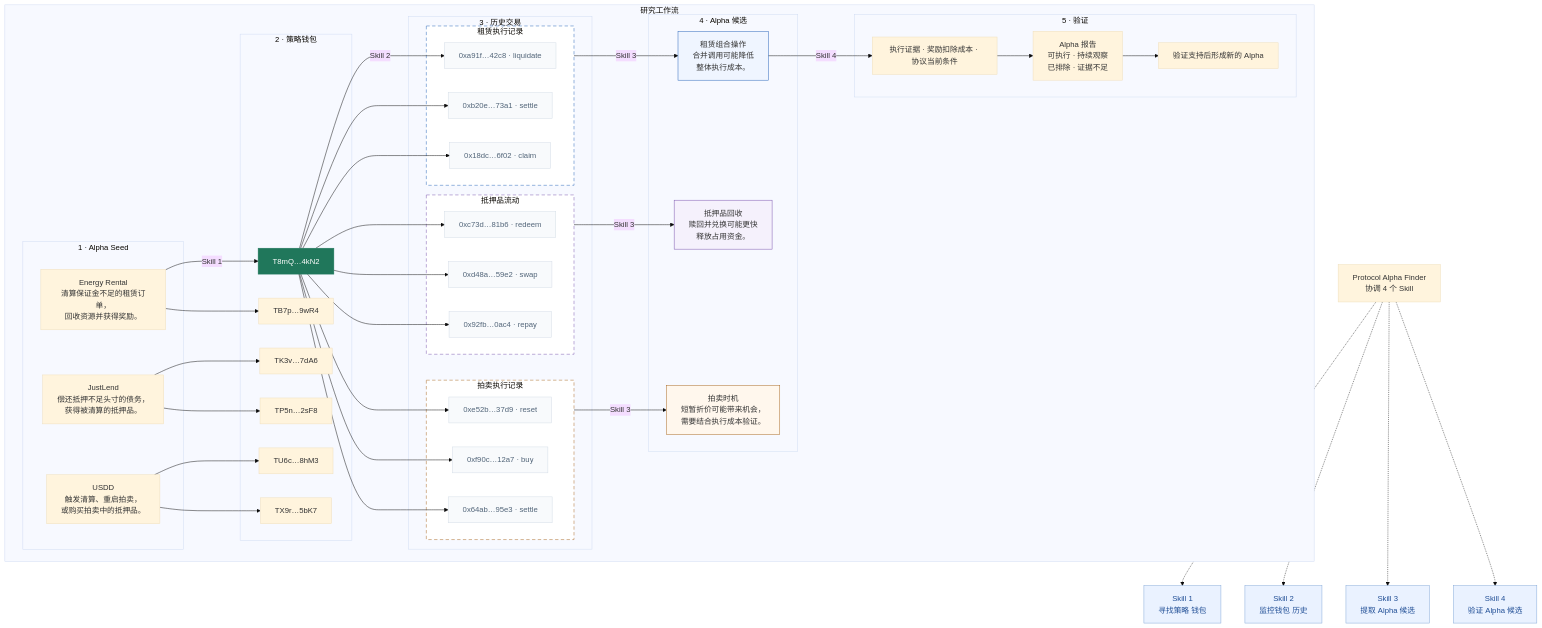
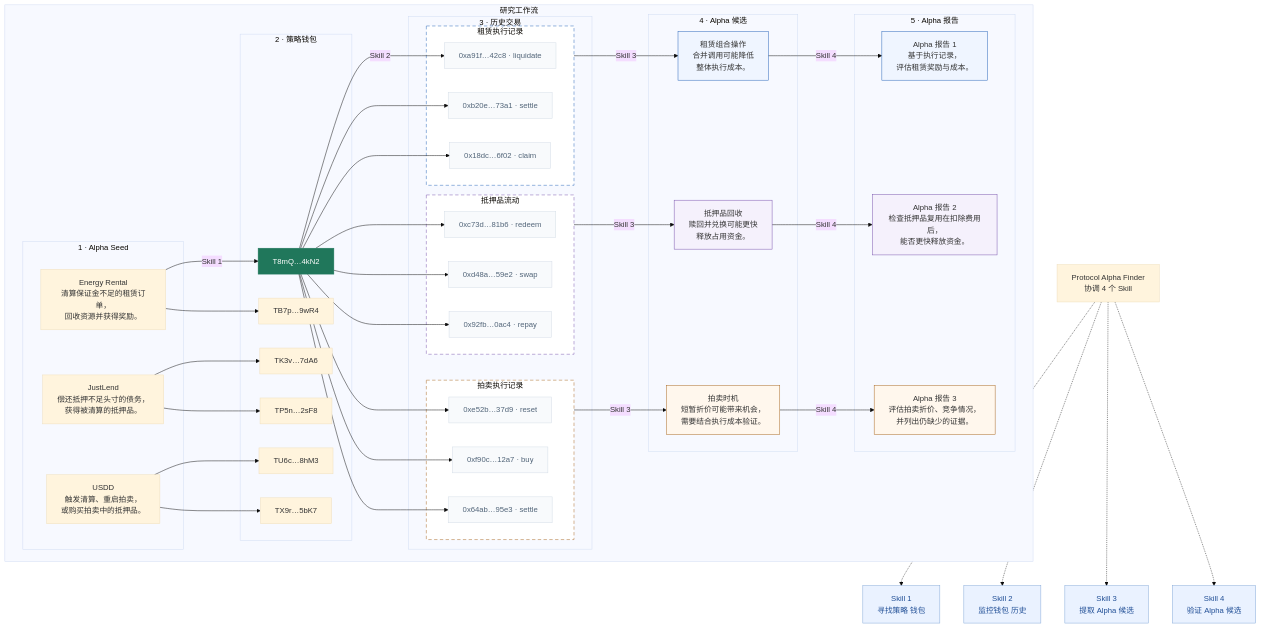
The diagram in docs/diagrams/system-architecture-zh-CN.mmd (qinyh10300/protocol-alpha-finder), drawn with Mermaid (base theme) before and after one commit. The commit also changed 10 other files, not shown here.

Commit message:
docs: connect each alpha candidate to its own report

```diff
--- a/docs/diagrams/system-architecture-zh-CN.mmd
+++ b/docs/diagrams/system-architecture-zh-CN.mmd
@@ -1,94 +1,98 @@
 flowchart TB
     subgraph FLOW["研究工作流"]
         direction LR
         subgraph SEEDS["1 · Alpha Seed"]
             SEED0["Energy Rental<br/>清算保证金不足的租赁订单，<br/>回收资源并获得奖励。"]
             SEED1["JustLend<br/>偿还抵押不足头寸的债务，<br/>获得被清算的抵押品。"]
             SEED2["USDD<br/>触发清算、重启拍卖，<br/>或购买拍卖中的抵押品。"]
         end
         subgraph WALLETS["2 · 策略钱包"]
             WALLET0["T8mQ…4kN2"]
             WALLET1["TB7p…9wR4"]
             WALLET2["TK3v…7dA6"]
             WALLET3["TP5n…2sF8"]
             WALLET4["TU6c…8hM3"]
             WALLET5["TX9r…5bK7"]
         end
         subgraph HISTORYS["3 · 历史交易"]
             subgraph HISTORY0["租赁执行记录"]
                 TX00["0xa91f…42c8 · liquidate"]
                 TX01["0xb20e…73a1 · settle"]
                 TX02["0x18dc…6f02 · claim"]
             end
             subgraph HISTORY1["抵押品流动"]
                 TX10["0xc73d…81b6 · redeem"]
                 TX11["0xd48a…59e2 · swap"]
                 TX12["0x92fb…0ac4 · repay"]
             end
             subgraph HISTORY2["拍卖执行记录"]
                 TX20["0xe52b…37d9 · reset"]
                 TX21["0xf90c…12a7 · buy"]
                 TX22["0x64ab…95e3 · settle"]
             end
         end
         subgraph CANDIDATES["4 · Alpha 候选"]
             CANDIDATE0["租赁组合操作<br/>合并调用可能降低<br/>整体执行成本。"]
             CANDIDATE1["抵押品回收<br/>赎回并兑换可能更快<br/>释放占用资金。"]
             CANDIDATE2["拍卖时机<br/>短暂折价可能带来机会，<br/>需要结合执行成本验证。"]
         end
-        subgraph VALIDATION["5 · 验证"]
-            CHECK["执行证据 · 奖励扣除成本 · 协议当前条件"]
-            REPORT["Alpha 报告<br/>可执行 · 持续观察<br/>已排除 · 证据不足"]
-            NEW["验证支持后形成新的 Alpha"]
-            CHECK --> REPORT --> NEW
+        subgraph REPORTS["5 · Alpha 报告"]
+            REPORT0["Alpha 报告 1<br/>基于执行记录，<br/>评估租赁奖励与成本。"]
+            REPORT1["Alpha 报告 2<br/>检查抵押品复用在扣除费用后，<br/>能否更快释放资金。"]
+            REPORT2["Alpha 报告 3<br/>评估拍卖折价、竞争情况，<br/>并列出仍缺少的证据。"]
         end
         SEED0 -->|Skill 1| WALLET0
         SEED0 --> WALLET1
         SEED1 --> WALLET2
         SEED1 --> WALLET3
         SEED2 --> WALLET4
         SEED2 --> WALLET5
         WALLET0 -->|Skill 2| TX00
         WALLET0 --> TX01
         WALLET0 --> TX02
         WALLET0 --> TX10
         WALLET0 --> TX11
         WALLET0 --> TX12
         WALLET0 --> TX20
         WALLET0 --> TX21
         WALLET0 --> TX22
         HISTORY0 -->|Skill 3| CANDIDATE0
         HISTORY1 -->|Skill 3| CANDIDATE1
         HISTORY2 -->|Skill 3| CANDIDATE2
-        CANDIDATE0 -->|Skill 4| CHECK
+        CANDIDATE0 -->|Skill 4| REPORT0
+        CANDIDATE1 -->|Skill 4| REPORT1
+        CANDIDATE2 -->|Skill 4| REPORT2
     end
     S1["Skill 1<br/>寻找策略 钱包"]
     S2["Skill 2<br/>监控钱包 历史"]
     S3["Skill 3<br/>提取 Alpha 候选"]
     S4["Skill 4<br/>验证 Alpha 候选"]
     COORD["Protocol Alpha Finder<br/>协调 4 个 Skill"]
     COORD -.-> S1
     COORD -.-> S2
     COORD -.-> S3
     COORD -.-> S4
     style WALLET0 fill:#20775b,stroke:#20775b,color:#ffffff
     style S1 fill:#eaf2ff,stroke:#83a8d8,color:#214f96
     style S2 fill:#eaf2ff,stroke:#83a8d8,color:#214f96
     style S3 fill:#eaf2ff,stroke:#83a8d8,color:#214f96
     style S4 fill:#eaf2ff,stroke:#83a8d8,color:#214f96
     style HISTORY0 fill:#ffffff,stroke:#2563b8,stroke-dasharray:7 5
     style CANDIDATE0 fill:#eff5ff,stroke:#2563b8
+    style REPORT0 fill:#eff5ff,stroke:#2563b8
     style TX00 fill:#f8fafc,stroke:#d3dce6,color:#526579
     style TX01 fill:#f8fafc,stroke:#d3dce6,color:#526579
     style TX02 fill:#f8fafc,stroke:#d3dce6,color:#526579
     style HISTORY1 fill:#ffffff,stroke:#7953ad,stroke-dasharray:7 5
     style CANDIDATE1 fill:#f5f1fc,stroke:#7953ad
+    style REPORT1 fill:#f5f1fc,stroke:#7953ad
     style TX10 fill:#f8fafc,stroke:#d3dce6,color:#526579
     style TX11 fill:#f8fafc,stroke:#d3dce6,color:#526579
     style TX12 fill:#f8fafc,stroke:#d3dce6,color:#526579
     style HISTORY2 fill:#ffffff,stroke:#a8661e,stroke-dasharray:7 5
     style CANDIDATE2 fill:#fff7ed,stroke:#a8661e
+    style REPORT2 fill:#fff7ed,stroke:#a8661e
     style TX20 fill:#f8fafc,stroke:#d3dce6,color:#526579
     style TX21 fill:#f8fafc,stroke:#d3dce6,color:#526579
     style TX22 fill:#f8fafc,stroke:#d3dce6,color:#526579
-    %% 地址与交易均为方法示意。选中钱包连接到监控的交易记录，三组虚线标出的证据分别支持三个候选假设，图中选取一个进入验证。Protocol Alpha Finder 统一协调四个操作。监控目前通过手动发起采集与复查完成，并记录历史覆盖情况。
+    %% 地址、交易与报告内容均为方法示意。选中钱包连接到监控的交易记录，三组虚线标出的证据分别支持三个候选假设。Skill 4 验证每个候选并生成各自的 Alpha 报告。Protocol Alpha Finder 统一协调四个操作。监控目前通过手动发起采集与复查完成，并记录历史覆盖情况。
```
